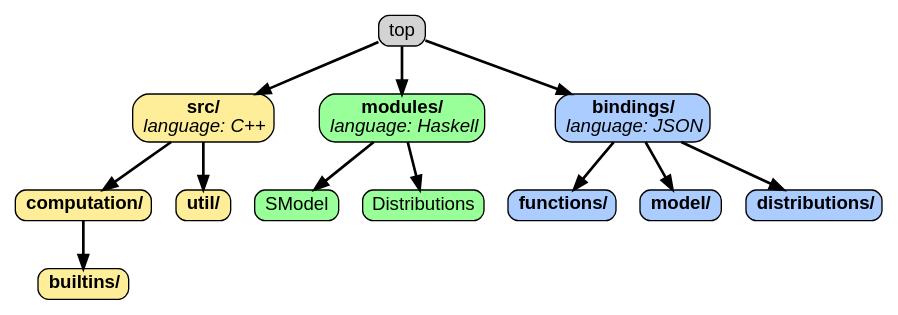
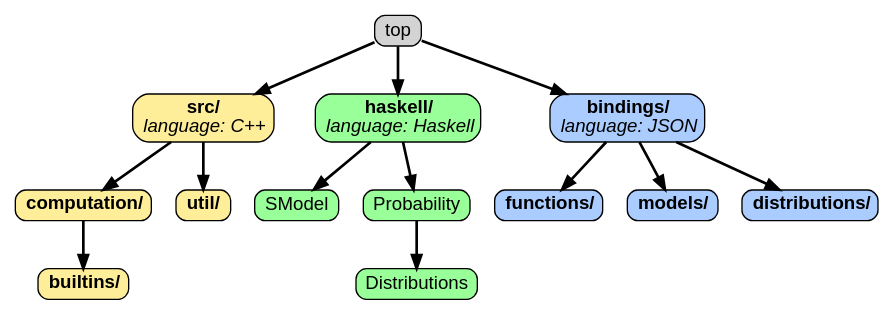
The diagram in doc/developer/code-layout.dot (bredelings/BAli-Phy), drawn with Graphviz before and after one commit. The commit also changed 2 other files, not shown here.

Commit message:
Change modules/ -> haskell/

```diff
--- a/doc/developer/code-layout.dot
+++ b/doc/developer/code-layout.dot
@@ -1,44 +1,45 @@
 digraph "Code Layout" {
 graph [ranksep=0.25, fontname=Arial,  nodesep=0.25, ranksep=0.5];
 node [fontname=Arial, style="filled,rounded", height=0, width=0, shape=box];
 edge [style="setlinewidth(2)"];
 
 subgraph src_dir
 {
 node [fillcolor="#ffee99"]
 src [label=<<b>src/</b><br/><i>language: C++</i>>]
 src -> computation
 computation [label=<<b>computation/</b>>]
 src -> util
 util [label=<<b>util/</b>>]
 computation -> builtins
 builtins [label=<<b>builtins/</b>>]
 }
 
 
 subgraph modules_dir
 {
 node [fillcolor="#99ff99"]
 modules -> SModel
-modules [label=<<b>modules/</b><br/><i>language: Haskell</i>>]
-modules -> Distributions
+modules [label=<<b>haskell/</b><br/><i>language: Haskell</i>>]
+modules -> Probability
+Probability -> Distributions
 }
 
 subgraph modules_dir
 {
 node [fillcolor="#aaccff"]
 bindings [label=<<b>bindings/</b><br/><i>language: JSON</i>>]
 bindings -> functions
 functions [label=<<b>functions/</b>>]
 bindings -> models
-models [label=<<b>model/</b>>]
+models [label=<<b>models/</b>>]
 bindings -> distributions
 distributions [label=<<b>distributions/</b>>]
 }
 
 top -> src
 top -> modules
 top -> bindings
 
 
 }
```
